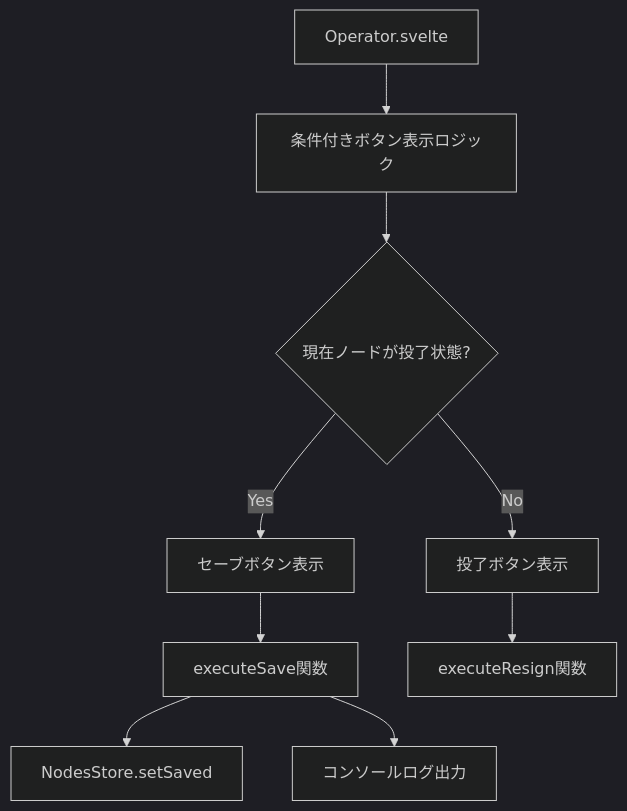
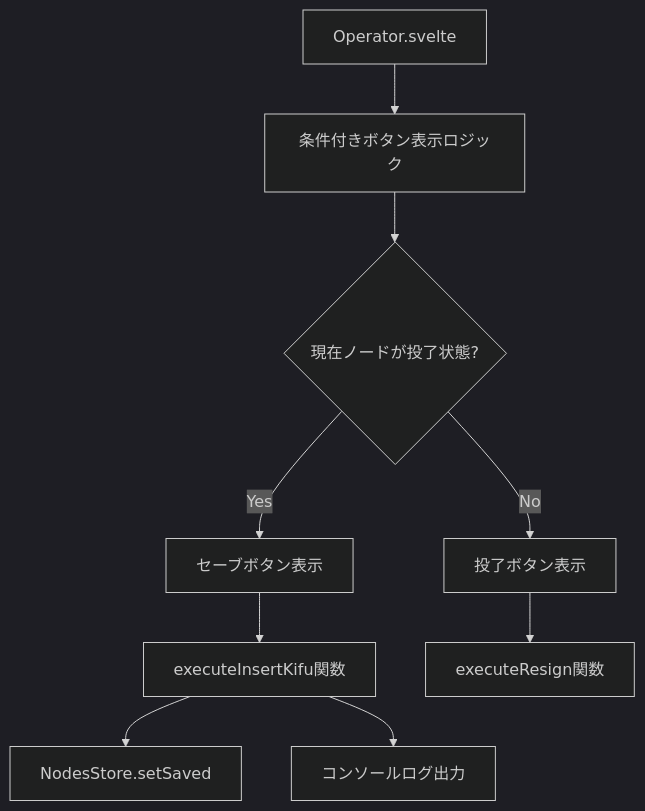
The first of 8 diagrams in .qoder/quests/current-approval-state-button-display.md (hashiryo/SvelteShogi), drawn with Mermaid (dark theme) before and after one commit. The commit also changed other lines of this file and 7 other files, not shown here.

````diff
--- a/.qoder/quests/current-approval-state-button-display.md
+++ b/.qoder/quests/current-approval-state-button-display.md
@@ -24,11 +24,11 @@
 ```mermaid
 graph TD
     A[Operator.svelte] --> B[条件付きボタン表示ロジック]
     B --> C{現在ノードが投了状態?}
     C -->|Yes| D[セーブボタン表示]
     C -->|No| E[投了ボタン表示]
-    D --> F[executeSave関数]
+    D --> F[executeInsertKifu関数]
     E --> G[executeResign関数]
     F --> H[NodesStore.setSaved]
     F --> I[コンソールログ出力]
 ```
````
